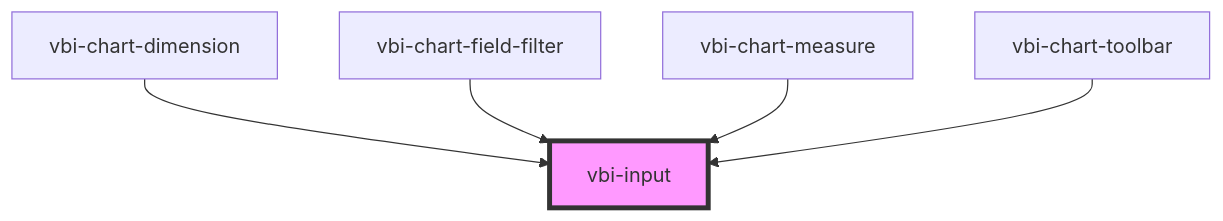
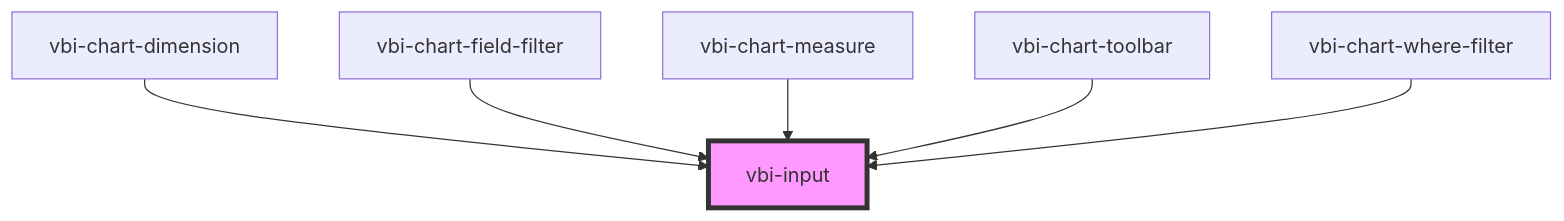
The diagram in packages/vbi-component/src/components/ui/vbi-input/readme.md (Ditto190/VBI-modme), drawn with Mermaid before and after one commit. The commit also changed other lines of this file and 21 other files, not shown here.

Commit message:
refactor(vbi-component): move filter root operator logic to shelf panel

````diff
--- a/packages/vbi-component/src/components/ui/vbi-input/readme.md
+++ b/packages/vbi-component/src/components/ui/vbi-input/readme.md
@@ -51,8 +52,9 @@
 ```mermaid
 graph TD;
   vbi-chart-dimension --> vbi-input
   vbi-chart-field-filter --> vbi-input
   vbi-chart-measure --> vbi-input
   vbi-chart-toolbar --> vbi-input
+  vbi-chart-where-filter --> vbi-input
   style vbi-input fill:#f9f,stroke:#333,stroke-width:4px
 ```
````
